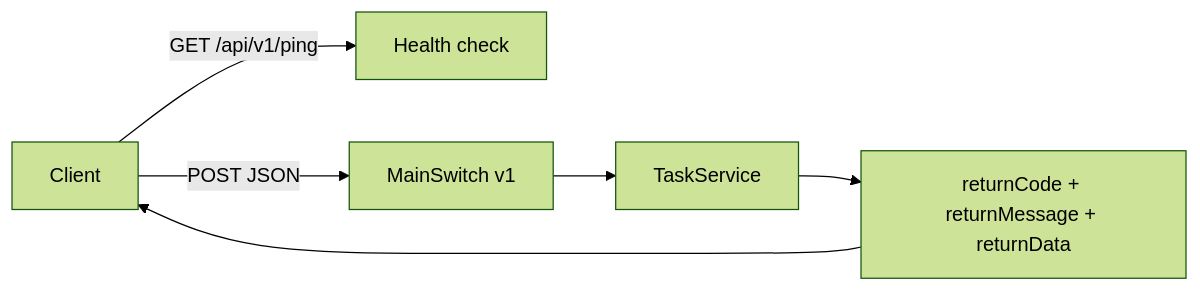
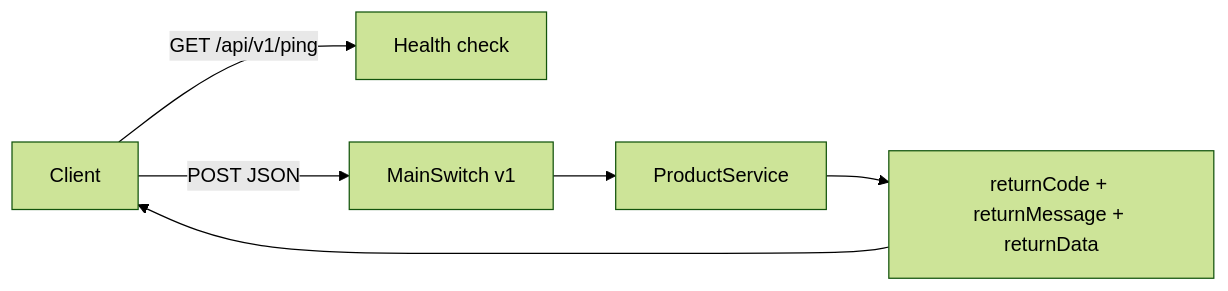
One commit to PioniaPHP-project/pionia-docs changed the diagram in content/docs/documentation/http/requests-and-responses.md. Above: the diagram before and after it, drawn with Mermaid (forest theme). The commit also changed other lines of this file and 268 other files, not shown here.

```diff
--- a/content/docs/documentation/http/requests-and-responses.md
+++ b/content/docs/documentation/http/requests-and-responses.md
@@ -33,8 +33,8 @@
 {{< mermaid >}}
 flowchart LR
   Client -->|GET /api/v1/ping| Ping[Health check]
   Client -->|POST JSON| Switch[MainSwitch v1]
-  Switch --> Service[TaskService]
+  Switch --> Service[ProductService]
   Service --> Env["returnCode + returnMessage + returnData"]
   Env --> Client
 {{< /mermaid >}}
```
